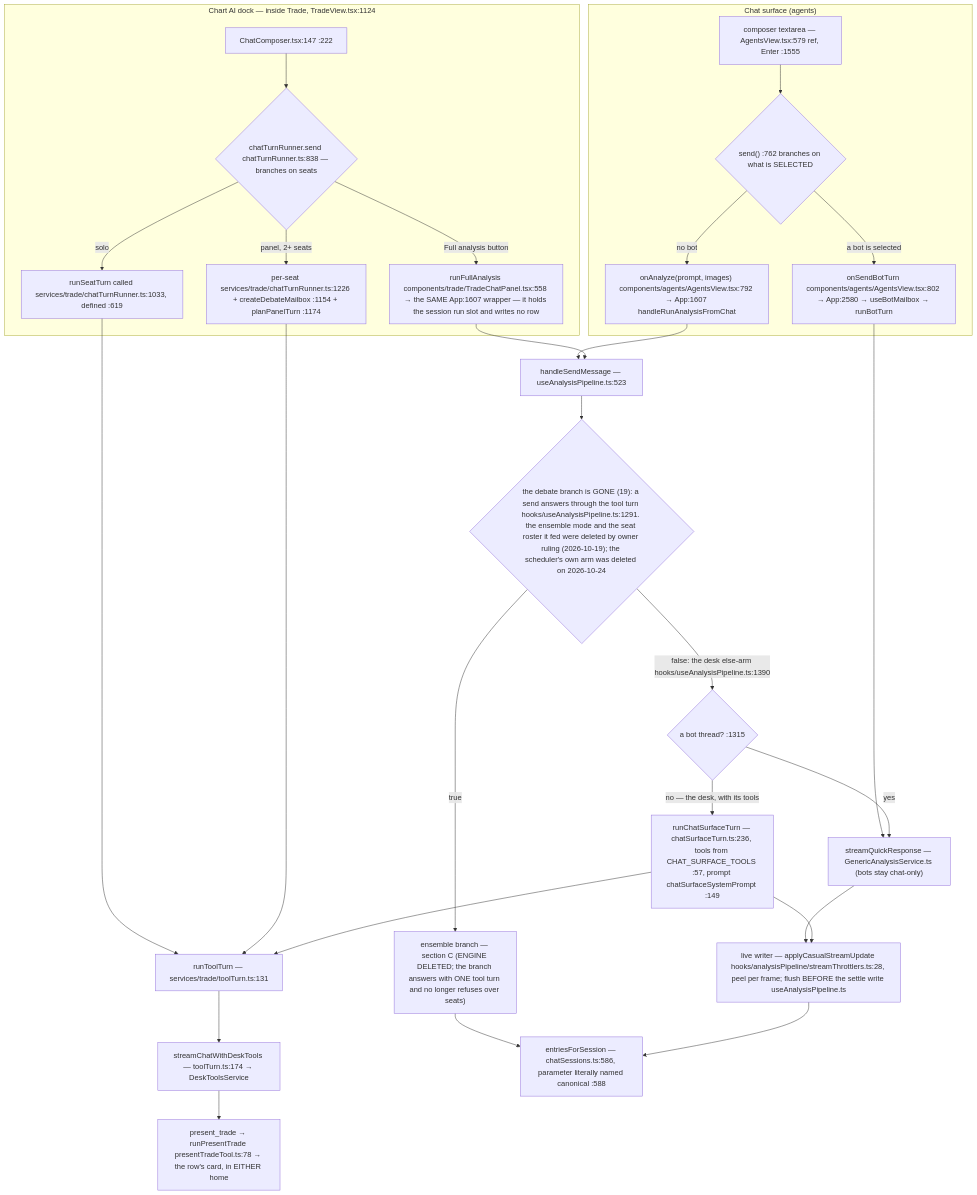
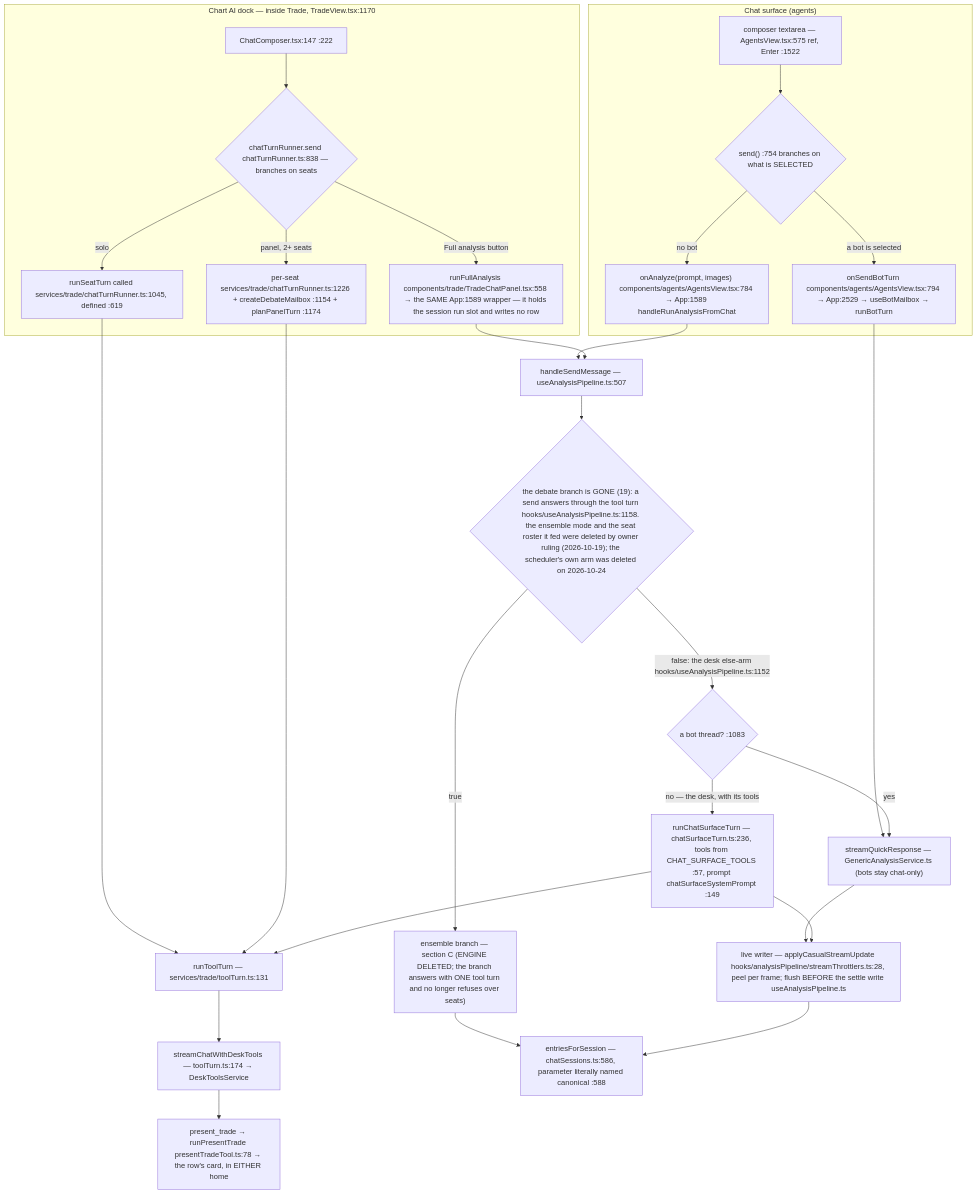
Before and after one commit to Acepay25/august-3.5: the second of 8 diagrams in docs/app-flow.md, drawn with Mermaid. The commit also changed other lines of this file and 5 other files, not shown here.

First line of the commit message:
docs(flow): re-anchor and restate the flow docs after the automation deletion

````diff
--- a/docs/app-flow.md
+++ b/docs/app-flow.md
@@ -73,31 +73,31 @@
 ```mermaid
 flowchart TD
     subgraph CHAT["Chat surface (agents)"]
-        CB["composer textarea — AgentsView.tsx:579 ref, Enter :1555"] --> D1{"send() :762 branches on what is SELECTED"}
-        D1 -->|a bot is selected| BOT["onSendBotTurn components/agents/AgentsView.tsx:802 → App:2580 → useBotMailbox → runBotTurn"]
-        D1 -->|no bot| AN["onAnalyze(prompt, images) components/agents/AgentsView.tsx:792 → App:1607 handleRunAnalysisFromChat"]
+        CB["composer textarea — AgentsView.tsx:575 ref, Enter :1522"] --> D1{"send() :754 branches on what is SELECTED"}
+        D1 -->|a bot is selected| BOT["onSendBotTurn components/agents/AgentsView.tsx:794 → App:2529 → useBotMailbox → runBotTurn"]
+        D1 -->|no bot| AN["onAnalyze(prompt, images) components/agents/AgentsView.tsx:784 → App:1589 handleRunAnalysisFromChat"]
     end
-    subgraph DOCK["Chart AI dock — inside Trade, TradeView.tsx:1124"]
+    subgraph DOCK["Chart AI dock — inside Trade, TradeView.tsx:1170"]
         DC["ChatComposer.tsx:147 :222"] --> D2{"chatTurnRunner.send chatTurnRunner.ts:838 — branches on seats"}
-        D2 -->|solo| SO["runSeatTurn called services/trade/chatTurnRunner.ts:1033, defined :619"]
+        D2 -->|solo| SO["runSeatTurn called services/trade/chatTurnRunner.ts:1045, defined :619"]
         D2 -->|panel, 2+ seats| PN["per-seat services/trade/chatTurnRunner.ts:1226 + createDebateMailbox :1154 + planPanelTurn :1174"]
-        D2 -->|Full analysis button| FA["runFullAnalysis components/trade/TradeChatPanel.tsx:558 → the SAME App:1607 wrapper — it holds the session run slot and writes no row"]
+        D2 -->|Full analysis button| FA["runFullAnalysis components/trade/TradeChatPanel.tsx:558 → the SAME App:1589 wrapper — it holds the session run slot and writes no row"]
     end
     SO --> TT["runToolTurn — services/trade/toolTurn.ts:131"]
     PN --> TT
     TT --> SCDT["streamChatWithDeskTools — toolTurn.ts:174 → DeskToolsService"]
     BOT --> TR["streamQuickResponse — GenericAnalysisService.ts (bots stay chat-only)"]
-    AN --> HSM["handleSendMessage — useAnalysisPipeline.ts:523"]
+    AN --> HSM["handleSendMessage — useAnalysisPipeline.ts:507"]
     FA --> HSM
-    HSM --> D3{"the debate branch is GONE (19): a send answers through the tool turn hooks/useAnalysisPipeline.ts:1291. the ensemble mode and the seat roster it fed were deleted by owner ruling (2026-10-19); the scheduler's own arm was deleted on 2026-10-24"}
+    HSM --> D3{"the debate branch is GONE (19): a send answers through the tool turn hooks/useAnalysisPipeline.ts:1158. the ensemble mode and the seat roster it fed were deleted by owner ruling (2026-10-19); the scheduler's own arm was deleted on 2026-10-24"}
     D3 -->|true| ENS["ensemble branch — section C (ENGINE DELETED; the branch answers with ONE tool turn and no longer refuses over seats)"]
-    D3 -->|false: the desk else-arm hooks/useAnalysisPipeline.ts:1390| SPLIT{"a bot thread? :1315"}
+    D3 -->|false: the desk else-arm hooks/useAnalysisPipeline.ts:1152| SPLIT{"a bot thread? :1083"}
     SPLIT -->|yes| TR
     SPLIT -->|no — the desk, with its tools| CST["runChatSurfaceTurn — chatSurfaceTurn.ts:236, tools from CHAT_SURFACE_TOOLS :57, prompt chatSurfaceSystemPrompt :149"]
     CST --> TT
     TR --> LW["live writer — applyCasualStreamUpdate hooks/analysisPipeline/streamThrottlers.ts:28, peel per frame; flush BEFORE the settle write useAnalysisPipeline.ts"]
     CST --> LW
     ENS --> MERGE
     LW --> MERGE["entriesForSession — chatSessions.ts:586, parameter literally named canonical :588"]
     SCDT --> PT["present_trade → runPresentTrade presentTradeTool.ts:78 → the row's card, in EITHER home"]
 ```
````
